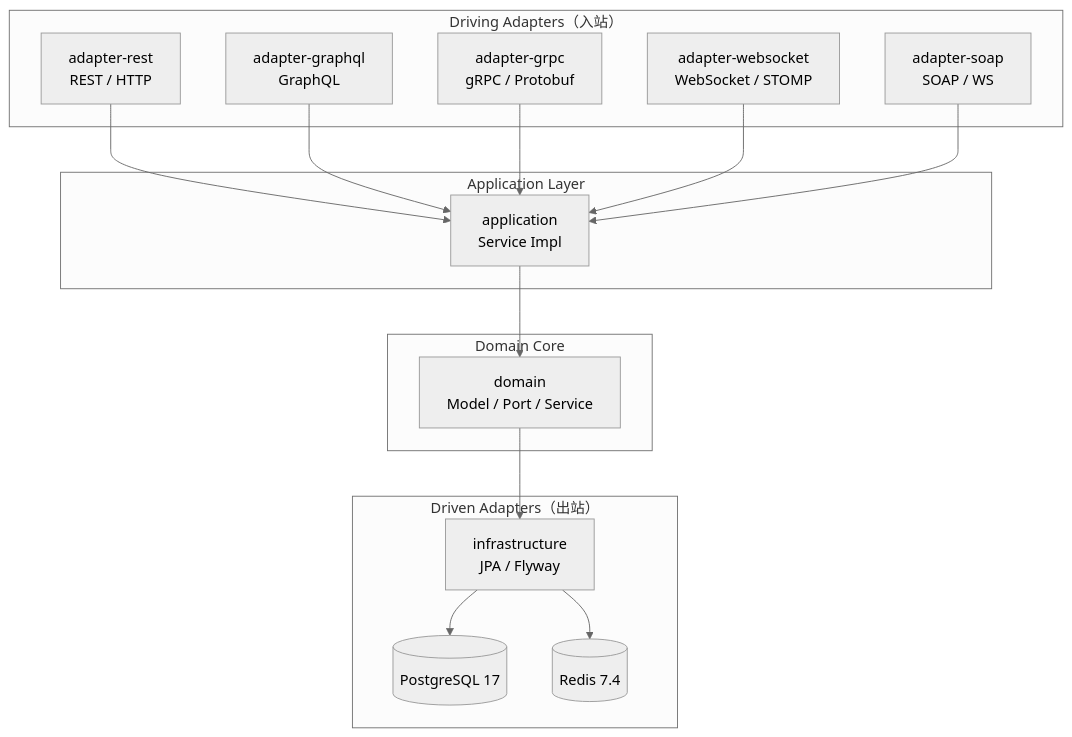
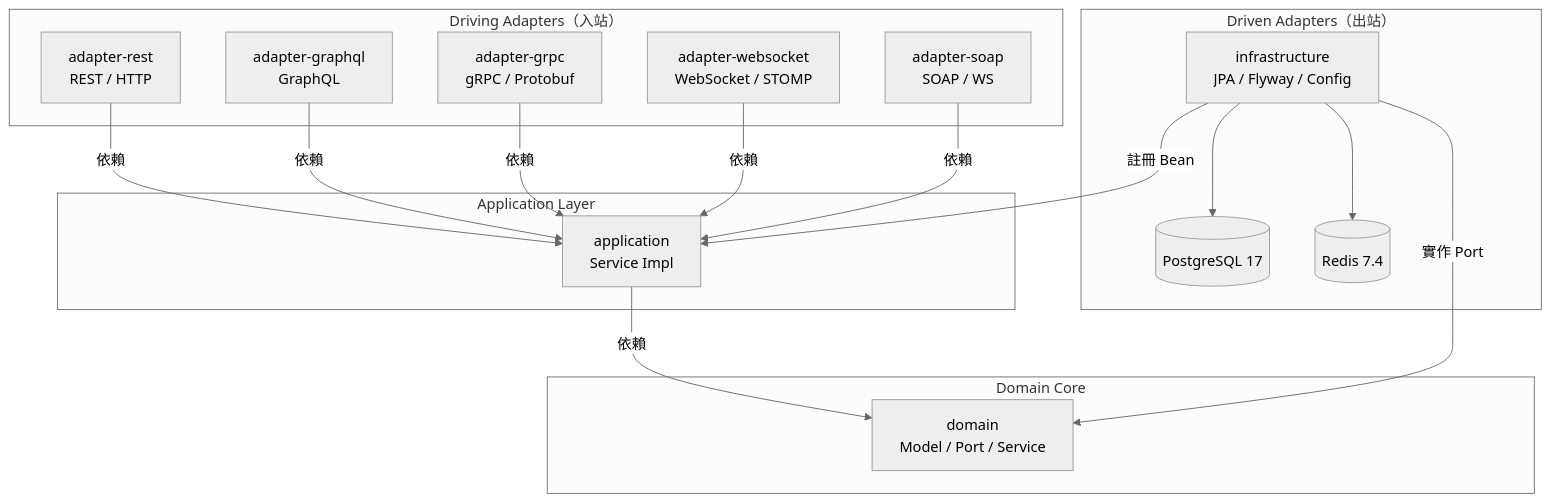
The first of 5 diagrams in README.md (ChunPingWang/graphql-tutorial), drawn with Mermaid (neutral theme) before and after one commit. The commit also changed other lines of this file, not shown here.

Commit message:
文件：修正架構總覽圖的依賴方向
原圖 DM --> INFRA 方向錯誤，Domain 不依賴 Infrastructure。
修正為 INFRA --> DM（Infrastructure 實作 Domain Port）
及 INFRA --> APP（Infrastructure 透過 @Configuration 註冊 Bean）。

````diff
--- a/README.md
+++ b/README.md
@@ -43,35 +43,36 @@
 ```mermaid
 graph TB
     subgraph "Driving Adapters（入站）"
         REST["adapter-rest<br/>REST / HTTP"]
         GQL["adapter-graphql<br/>GraphQL"]
         GRPC["adapter-grpc<br/>gRPC / Protobuf"]
         WS["adapter-websocket<br/>WebSocket / STOMP"]
         SOAP["adapter-soap<br/>SOAP / WS"]
     end
 
     subgraph "Application Layer"
         APP["application<br/>Service Impl"]
     end
 
     subgraph "Domain Core"
         DM["domain<br/>Model / Port / Service"]
     end
 
     subgraph "Driven Adapters（出站）"
-        INFRA["infrastructure<br/>JPA / Flyway"]
+        INFRA["infrastructure<br/>JPA / Flyway / Config"]
         PG[(PostgreSQL 17)]
         RD[(Redis 7.4)]
     end
 
-    REST --> APP
-    GQL --> APP
-    GRPC --> APP
-    WS --> APP
-    SOAP --> APP
+    REST -->|依賴| APP
+    GQL -->|依賴| APP
+    GRPC -->|依賴| APP
+    WS -->|依賴| APP
+    SOAP -->|依賴| APP
 
-    APP --> DM
-    DM --> INFRA
+    APP -->|依賴| DM
+    INFRA -->|實作 Port| DM
+    INFRA -->|註冊 Bean| APP
     INFRA --> PG
     INFRA --> RD
 ```
````
